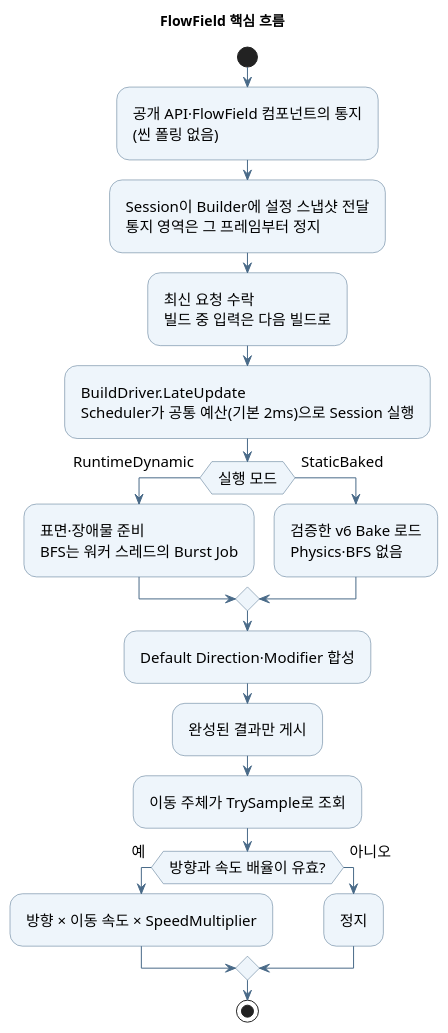
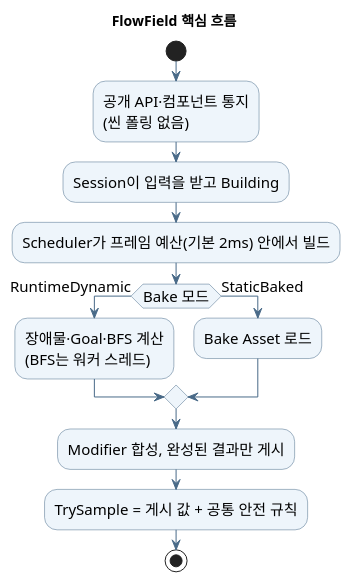
One commit to youwonsock/tool-unity-editor changed the diagram in ToyProject/Assets/_FlowField/Docs/flowfield-uml.puml. Above: the diagram before and after it, drawn with PlantUML. The commit also changed 15 other files, not shown here.

First line of the commit message:
문서 다이어그램을 필요한 내용만 담은 PlantUML로 다시 그림

```diff
--- a/ToyProject/Assets/_FlowField/Docs/flowfield-uml.puml
+++ b/ToyProject/Assets/_FlowField/Docs/flowfield-uml.puml
@@ -1,30 +1,24 @@
 @startuml flowfield-uml
 skinparam shadowing false
 skinparam defaultFontName "Apple SD Gothic Neo"
 skinparam defaultFontSize 15
 skinparam ArrowColor #496A88
-skinparam Padding 6
-skinparam activityBackgroundColor #EEF5FB
-skinparam activityBorderColor #496A88
+skinparam ActivityBackgroundColor #EEF5FB
+skinparam ActivityBorderColor #496A88
+skinparam ActivityDiamondBackgroundColor #EEF5FB
+skinparam ActivityDiamondBorderColor #496A88
 title FlowField 핵심 흐름
 
 start
-:공개 API·FlowField 컴포넌트의 통지\n(씬 폴링 없음);
-:Session이 Builder에 설정 스냅샷 전달\n통지 영역은 그 프레임부터 정지;
-:최신 요청 수락\n빌드 중 입력은 다음 빌드로;
-:BuildDriver.LateUpdate\nScheduler가 공통 예산(기본 2ms)으로 Session 실행;
-if (실행 모드) then (RuntimeDynamic)
-  :표면·장애물 준비\nBFS는 워커 스레드의 Burst Job;
+:공개 API·컴포넌트 통지\n(씬 폴링 없음);
+:Session이 입력을 받고 Building;
+:Scheduler가 프레임 예산(기본 2ms) 안에서 빌드;
+if (Bake 모드) then (RuntimeDynamic)
+  :장애물·Goal·BFS 계산\n(BFS는 워커 스레드);
 else (StaticBaked)
-  :검증한 v6 Bake 로드\nPhysics·BFS 없음;
+  :Bake Asset 로드;
 endif
-:Default Direction·Modifier 합성;
-:완성된 결과만 게시;
-:이동 주체가 TrySample로 조회;
-if (방향과 속도 배율이 유효?) then (예)
-  :방향 × 이동 속도 × SpeedMultiplier;
-else (아니오)
-  :정지;
-endif
+:Modifier 합성, 완성된 결과만 게시;
+:TrySample = 게시 값 + 공통 안전 규칙;
 stop
 @enduml
```
